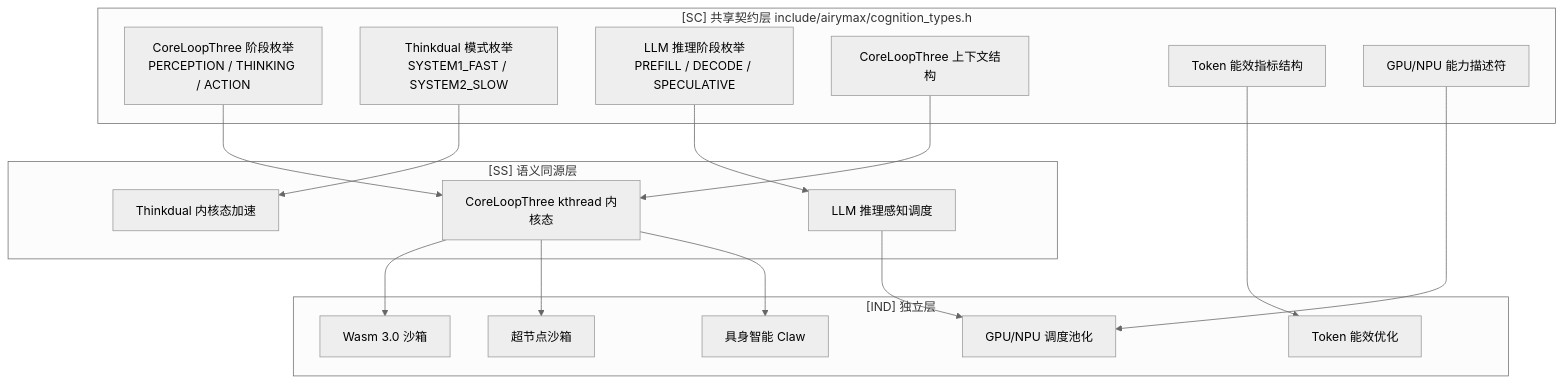
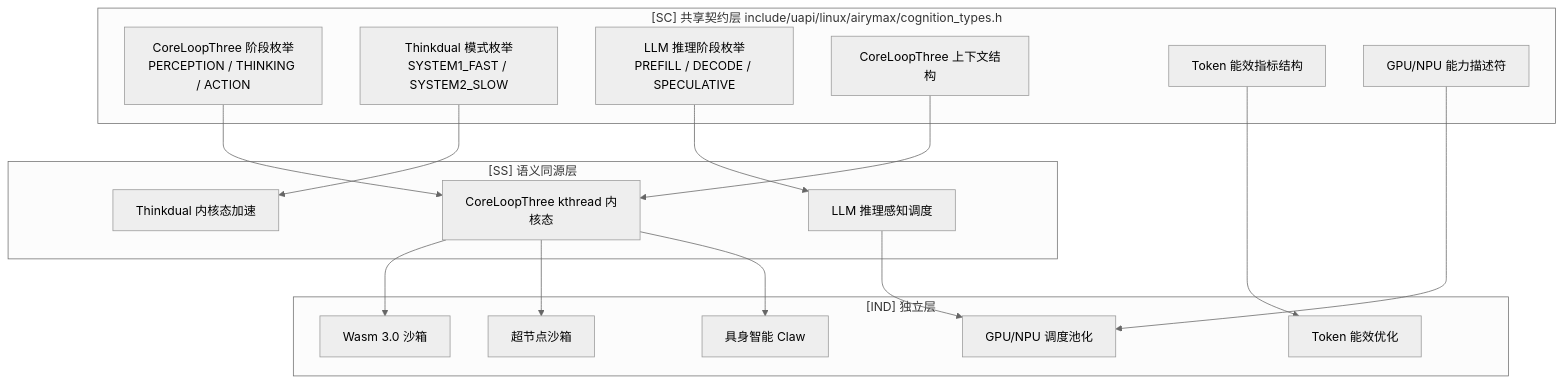
The first of 3 diagrams in 20-modules/05-cognition.md (openairymax/docs-linux), drawn with Mermaid (neutral theme) before and after one commit. The commit also changed other lines of this file and 125 other files, not shown here.

Commit message:
docs: 更新所有文档中的SC头文件路径到uapi/linux目录 统一修正所有文档中引用的[SC]共享契约层头文件路径，将原`include/airymax/`统一更新为符合Linux内核UAPI规范的`include/uapi/linux/airymax/`路径，确保文档与实际代码布局一致。

````diff
--- a/20-modules/05-cognition.md
+++ b/20-modules/05-cognition.md
@@ -193,33 +194,33 @@
 ```mermaid
 graph TD
-    subgraph SC["[SC] 共享契约层 include/airymax/cognition_types.h"]
+    subgraph SC["[SC] 共享契约层 include/uapi/linux/airymax/cognition_types.h"]
         CLT[CoreLoopThree 阶段枚举<br/>PERCEPTION / THINKING / ACTION]
         TD2[Thinkdual 模式枚举<br/>SYSTEM1_FAST / SYSTEM2_SLOW]
         LLM[LLM 推理阶段枚举<br/>PREFILL / DECODE / SPECULATIVE]
         CTX[CoreLoopThree 上下文结构]
         ENERGY[Token 能效指标结构]
         GPUDESC[GPU/NPU 能力描述符]
     end
     subgraph SS["[SS] 语义同源层"]
         KTHREAD[CoreLoopThree kthread 内核态]
         THINKACC[Thinkdual 内核态加速]
         SCHED[LLM 推理感知调度]
     end
     subgraph IND["[IND] 独立层"]
         WASM[Wasm 3.0 沙箱]
         GPUPOOL[GPU/NPU 调度池化]
         TOKENEFF[Token 能效优化]
         HYPER[超节点沙箱]
         CLAW[具身智能 Claw]
     end
     CLT --> KTHREAD
     TD2 --> THINKACC
     LLM --> SCHED
     CTX --> KTHREAD
     KTHREAD --> WASM
     KTHREAD --> HYPER
     SCHED --> GPUPOOL
     ENERGY --> TOKENEFF
     GPUDESC --> GPUPOOL
     KTHREAD --> CLAW
 ```
````
